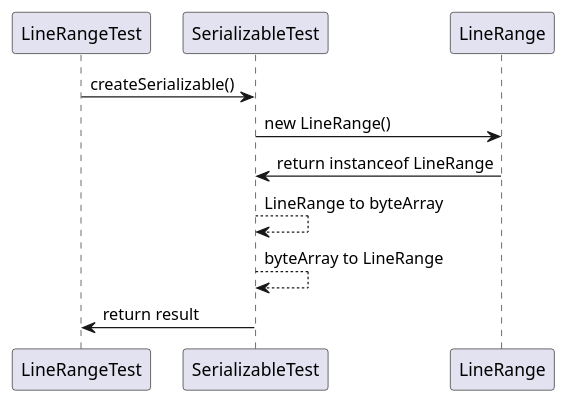
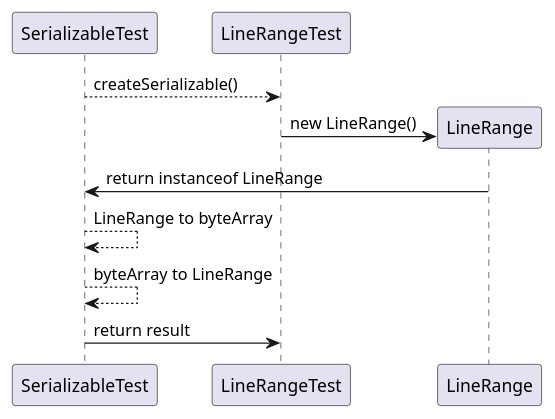
Before and after one commit to jenkinsci/analysis-model: the diagram in doc/factory_pattern/FactoryTest.puml, drawn with PlantUML. The commit also changed 2 other files, not shown here.

```diff
--- a/doc/factory_pattern/FactoryTest.puml
+++ b/doc/factory_pattern/FactoryTest.puml
@@ -1,8 +1,9 @@
 @startuml
-LineRangeTest -> SerializableTest: createSerializable()
-SerializableTest -> LineRange: new LineRange()
+SerializableTest -->LineRangeTest: createSerializable()
+create LineRange
+LineRangeTest -> LineRange: new LineRange()
 LineRange -> SerializableTest: return instanceof LineRange
 SerializableTest --> SerializableTest : LineRange to byteArray
 SerializableTest --> SerializableTest : byteArray to LineRange
 SerializableTest -> LineRangeTest : return result
 @enduml
```
